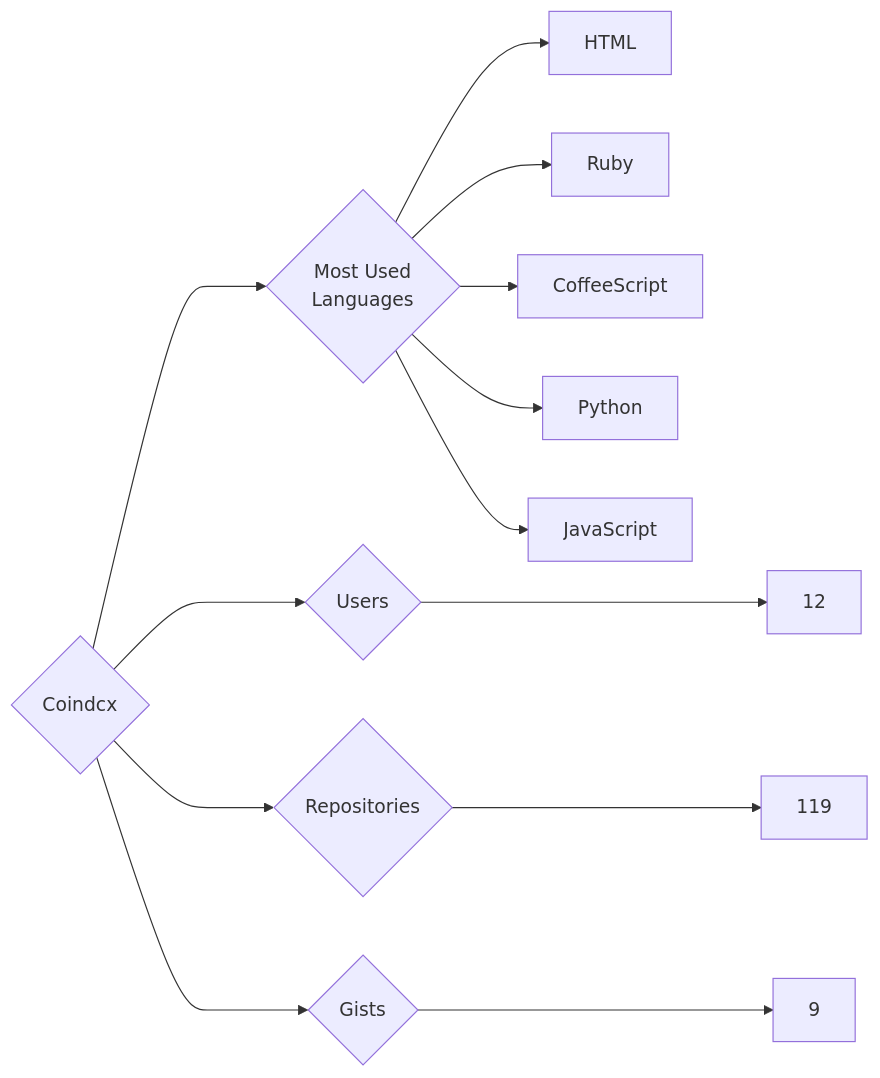
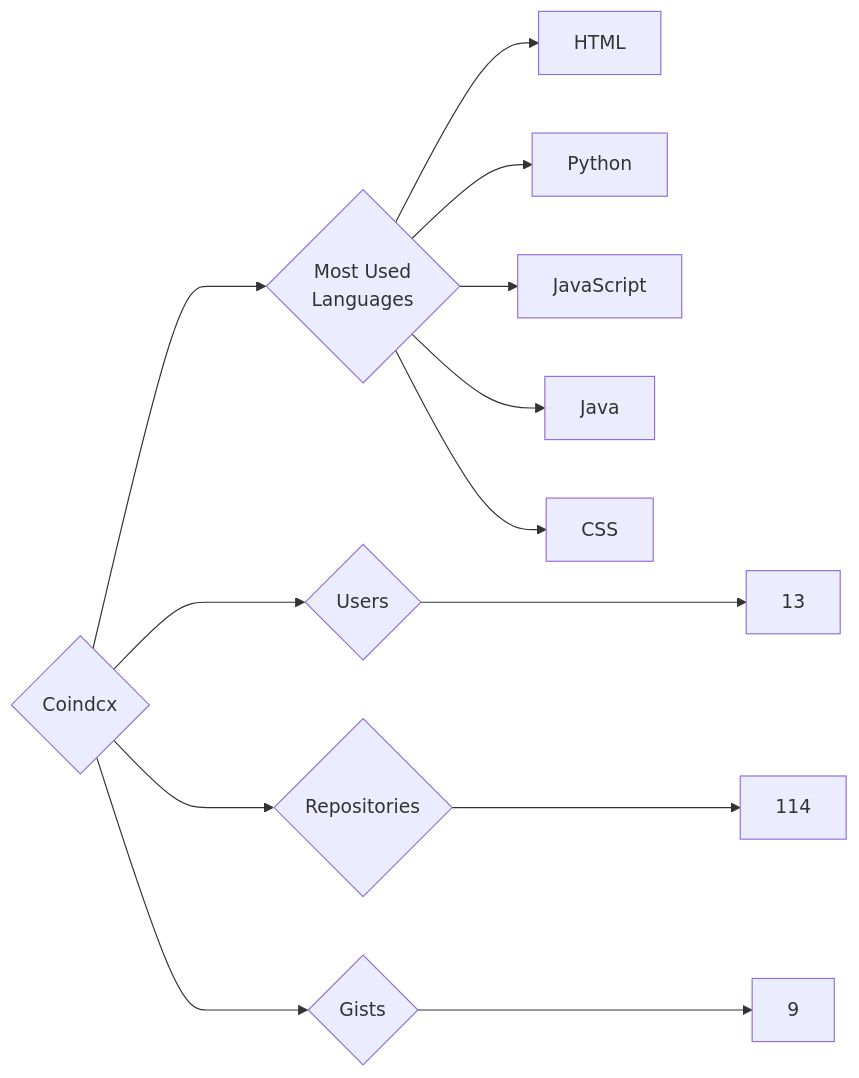
Before and after one commit to trickest/insiders: the diagram in targets/Coindcx/README.md, drawn with Mermaid. The commit also changed 1166 other files, not shown here.

````diff
--- a/targets/Coindcx/README.md
+++ b/targets/Coindcx/README.md
@@ -3,13 +3,13 @@
 ```mermaid
 graph LR
 COMPANY_NAME{Coindcx}
-COMPANY_NAME ---> U{Users} ---> UN[12]
-COMPANY_NAME ---> R{Repositories} ---> RN[119]
+COMPANY_NAME ---> U{Users} ---> UN[13]
+COMPANY_NAME ---> R{Repositories} ---> RN[114]
 COMPANY_NAME ---> G{Gists} ---> GN[9]
 COMPANY_NAME ---> ML{Most Used<br>Languages}
 ML --> HTML[HTML]
-ML --> Ruby[Ruby]
-ML --> CoffeeScript[CoffeeScript]
 ML --> Python[Python]
 ML --> JavaScript[JavaScript]
+ML --> Java[Java]
+ML --> CSS[CSS]
 ```
````
